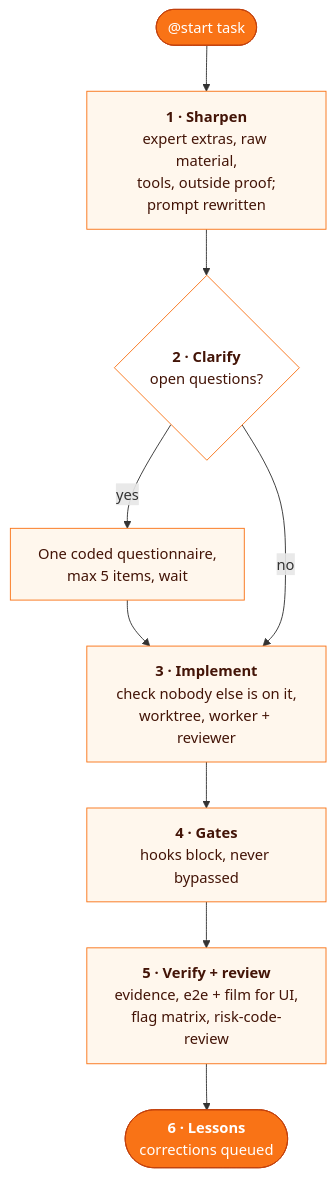
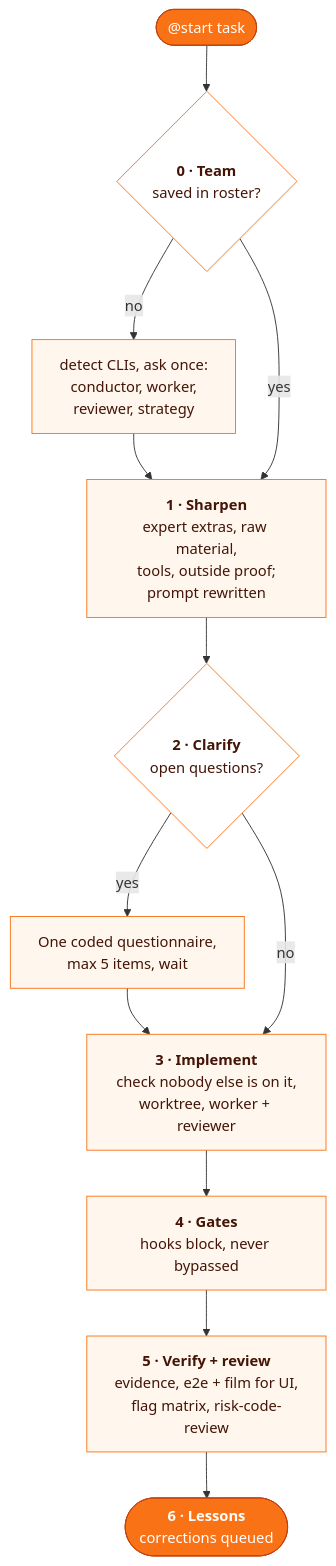
One commit to MarcinSufa/skills changed the diagram in skills/start/README.md. Above: the diagram before and after it, drawn with Mermaid. The commit also changed other lines of this file and 1 other file, not shown here.

First line of the commit message:
feat(start): team setup and strategies over the composed skills

````diff
--- a/skills/start/README.md
+++ b/skills/start/README.md
@@ -24,18 +26,21 @@
 ```mermaid
 flowchart TD
-  IN(["@start task"]) --> S1["<b>1 · Sharpen</b><br/>expert extras, raw material,<br/>tools, outside proof;<br/>prompt rewritten"]
+  IN(["@start task"]) --> S0{"<b>0 · Team</b><br/>saved in roster?"}
+  S0 -- no --> T["detect CLIs, ask once:<br/>conductor, worker,<br/>reviewer, strategy"]
+  T --> S1
+  S0 -- yes --> S1["<b>1 · Sharpen</b><br/>expert extras, raw material,<br/>tools, outside proof;<br/>prompt rewritten"]
   S1 --> S2{"<b>2 · Clarify</b><br/>open questions?"}
   S2 -- yes --> Q["One coded questionnaire,<br/>max 5 items, wait"]
   Q --> S3
   S2 -- no --> S3["<b>3 · Implement</b><br/>check nobody else is on it,<br/>worktree, worker + reviewer"]
   S3 --> S4["<b>4 · Gates</b><br/>hooks block, never bypassed"]
   S4 --> S5["<b>5 · Verify + review</b><br/>evidence, e2e + film for UI,<br/>flag matrix, risk-code-review"]
   S5 --> S6(["<b>6 · Lessons</b><br/>corrections queued"])
 
   classDef io fill:#f97316,stroke:#c2410c,color:#fff
   classDef step fill:#fff7ed,stroke:#f97316,color:#431407
   classDef ask fill:#ffffff,stroke:#f97316,color:#431407
   class IN,S6 io
-  class S1,Q,S3,S4,S5 step
-  class S2 ask
+  class S1,T,Q,S3,S4,S5 step
+  class S0,S2 ask
 ```
````
